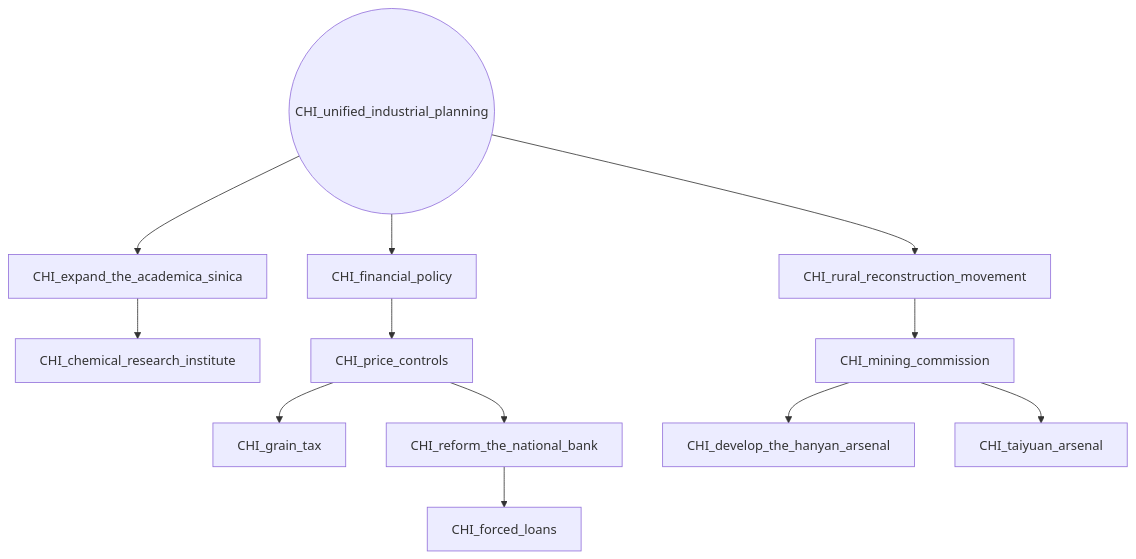
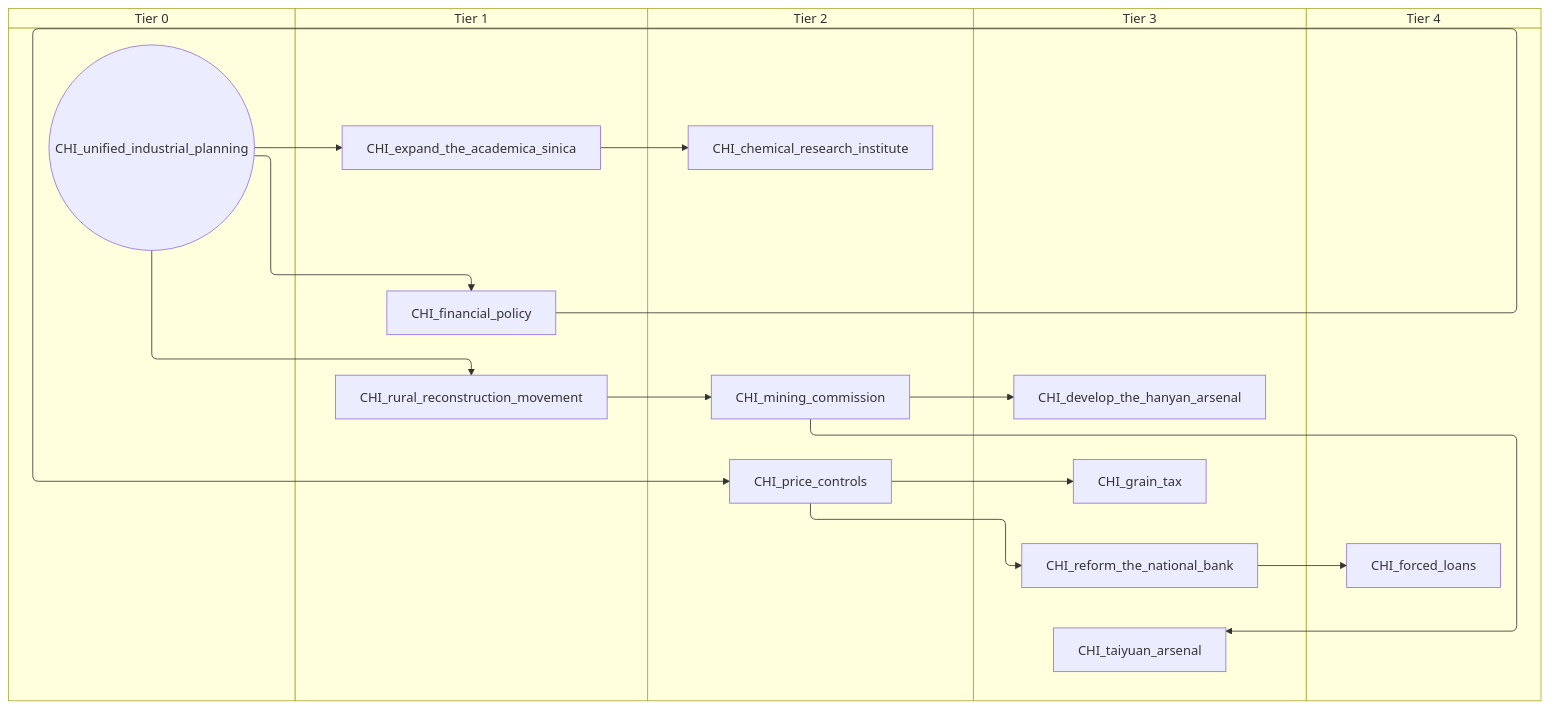
The third of 3 diagrams in docs/gdd/National Focuses/china_nationalist.md (evgeny-sobol/hoi4-sandbox-mode), drawn with Mermaid before and after one commit. The commit also changed other lines of this file and 80 other files, not shown here.

First line of the commit message:
Add swimlane mode to focus graph exporter

````diff
--- a/docs/gdd/National Focuses/china_nationalist.md
+++ b/docs/gdd/National Focuses/china_nationalist.md
@@ -96,26 +120,36 @@
 ```mermaid
-flowchart TD
-    n39["CHI_chemical_research_institute"]
-    n40["CHI_develop_the_hanyan_arsenal"]
-    n41["CHI_expand_the_academica_sinica"]
-    n42["CHI_financial_policy"]
-    n43["CHI_forced_loans"]
-    n44["CHI_grain_tax"]
-    n45["CHI_mining_commission"]
-    n46["CHI_price_controls"]
-    n47["CHI_reform_the_national_bank"]
-    n48["CHI_rural_reconstruction_movement"]
-    n49["CHI_taiyuan_arsenal"]
-    n50(("CHI_unified_industrial_planning"))
-    n41 --> n39
-    n45 --> n40
-    n50 --> n41
-    n50 --> n42
-    n47 --> n43
-    n46 --> n44
-    n48 --> n45
-    n42 --> n46
-    n46 --> n47
-    n50 --> n48
-    n45 --> n49
+swimlane-beta TD
+    subgraph tier_0["Tier 0"]
+        n39(("CHI_unified_industrial_planning"))
+    end
+    subgraph tier_1["Tier 1"]
+        n40["CHI_expand_the_academica_sinica"]
+        n41["CHI_financial_policy"]
+        n42["CHI_rural_reconstruction_movement"]
+    end
+    subgraph tier_2["Tier 2"]
+        n43["CHI_chemical_research_institute"]
+        n44["CHI_mining_commission"]
+        n45["CHI_price_controls"]
+    end
+    subgraph tier_3["Tier 3"]
+        n46["CHI_develop_the_hanyan_arsenal"]
+        n47["CHI_grain_tax"]
+        n48["CHI_reform_the_national_bank"]
+        n49["CHI_taiyuan_arsenal"]
+    end
+    subgraph tier_4["Tier 4"]
+        n50["CHI_forced_loans"]
+    end
+    n40 --> n43
+    n44 --> n46
+    n39 --> n40
+    n39 --> n41
+    n48 --> n50
+    n45 --> n47
+    n42 --> n44
+    n41 --> n45
+    n45 --> n48
+    n39 --> n42
+    n44 --> n49
 ```
````
